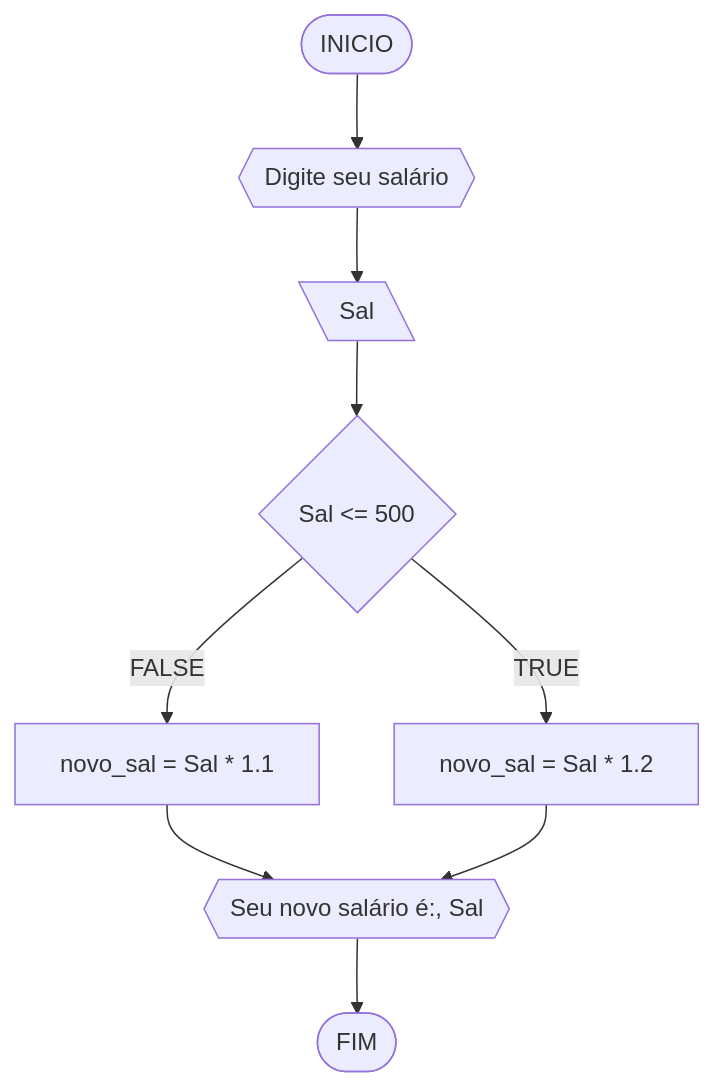
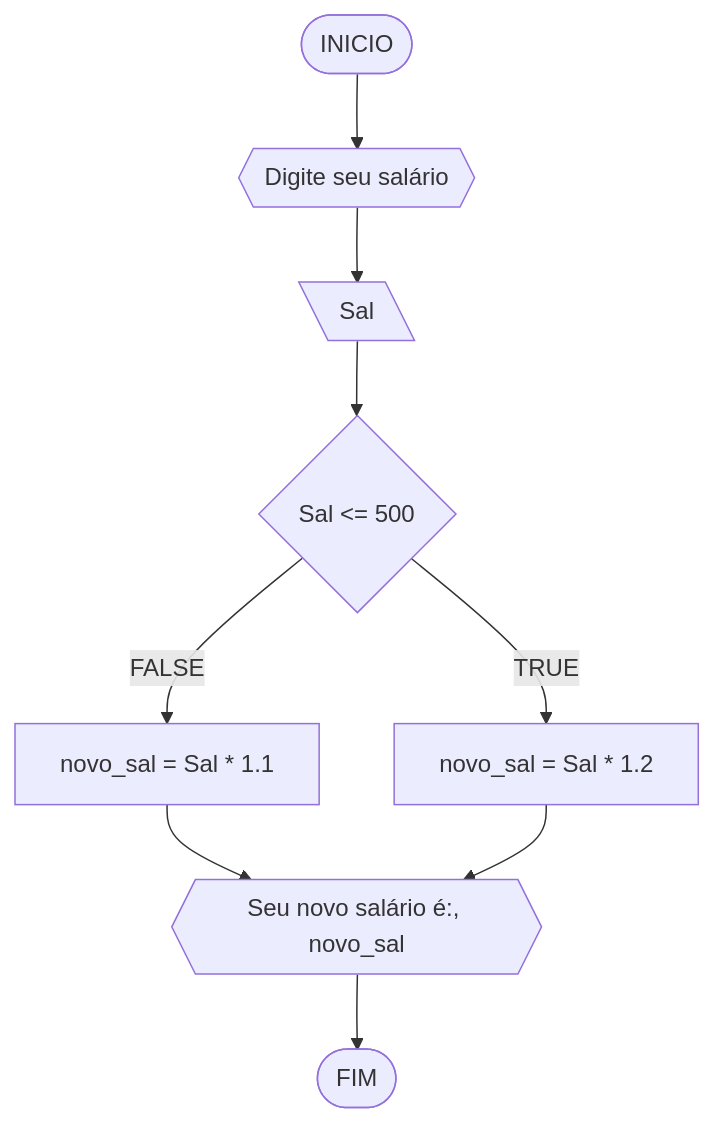
The second of 4 diagrams in Lista1.md (cauamilfont/Unifor), drawn with Mermaid before and after one commit. The commit also changed other lines of this file, not shown here.

````diff
--- a/Lista1.md
+++ b/Lista1.md
@@ -62,11 +62,11 @@
 ```mermaid
 flowchart TD
 A([INICIO]) --> B{{Digite seu salário}}
 B --> C[\Sal\]
 C --> D{Sal <= 500}
 D --FALSE--> E[novo_sal = Sal * 1.1]
 D --TRUE--> F[novo_sal = Sal * 1.2]
-E --> G{{"Seu novo salário é:", Sal}}
+E --> G{{"Seu novo salário é:", novo_sal}}
 F --> G
 G --> H([FIM])
 ```
````
